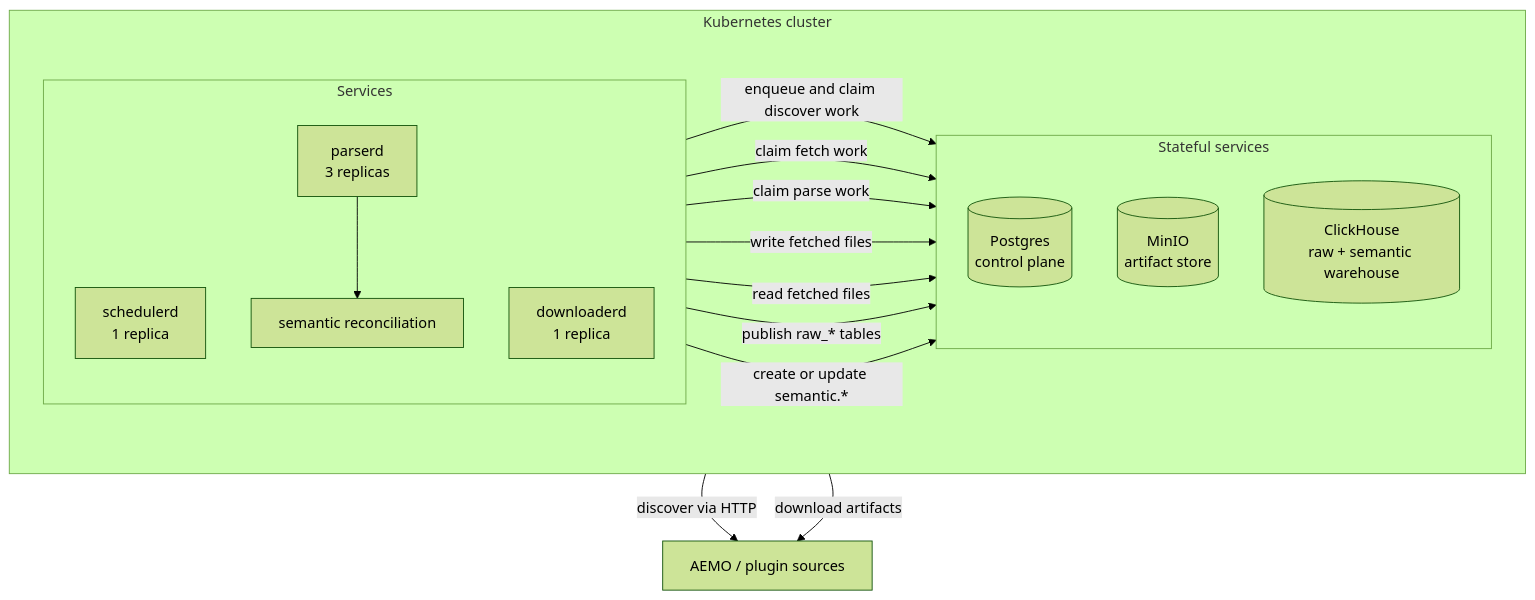
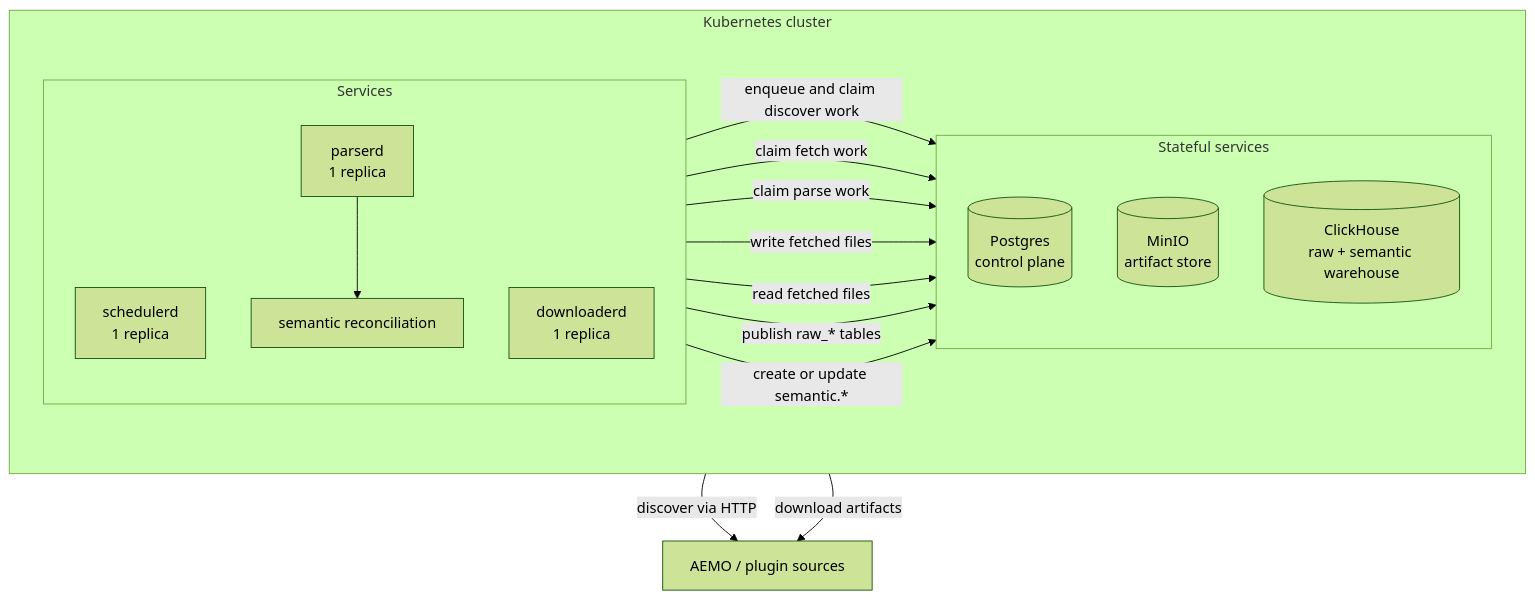
One commit to brensch/energyhistorian changed the first of 3 diagrams in README.md. Above: the diagram before and after it, drawn with Mermaid (forest theme). The commit also changed other lines of this file and 83 other files, not shown here.

````diff
--- a/README.md
+++ b/README.md
@@ -39,36 +39,36 @@
 ```mermaid
 flowchart TB
     Sources["AEMO / plugin sources"]
 
     subgraph K8s["Kubernetes cluster"]
         direction LR
 
         subgraph Services["Services"]
             direction TB
             Scheduler["schedulerd\n1 replica"]
             Downloader["downloaderd\n1 replica"]
-            Parser["parserd\n3 replicas"]
+            Parser["parserd\n1 replica"]
             Reconciler["semantic reconciliation"]
         end
 
         subgraph State["Stateful services"]
             direction TB
             Postgres[("Postgres\ncontrol plane")]
             MinIO[("MinIO\nartifact store")]
             ClickHouse[("ClickHouse\nraw + semantic warehouse")]
         end
     end
 
     Scheduler -->|discover via HTTP| Sources
     Downloader -->|download artifacts| Sources
 
     Scheduler -->|enqueue and claim discover work| Postgres
     Downloader -->|claim fetch work| Postgres
     Parser -->|claim parse work| Postgres
 
     Downloader -->|write fetched files| MinIO
     Parser -->|read fetched files| MinIO
     Parser -->|publish raw_* tables| ClickHouse
     Parser --> Reconciler
     Reconciler -->|create or update semantic.*| ClickHouse
 ```
````
